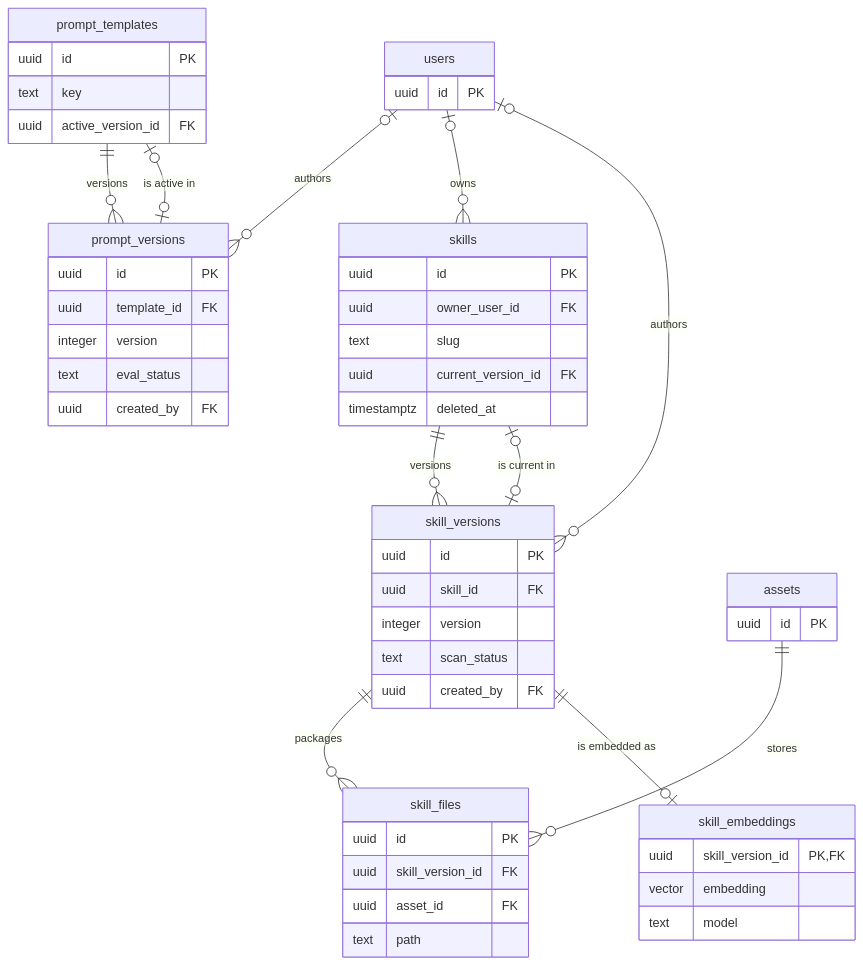
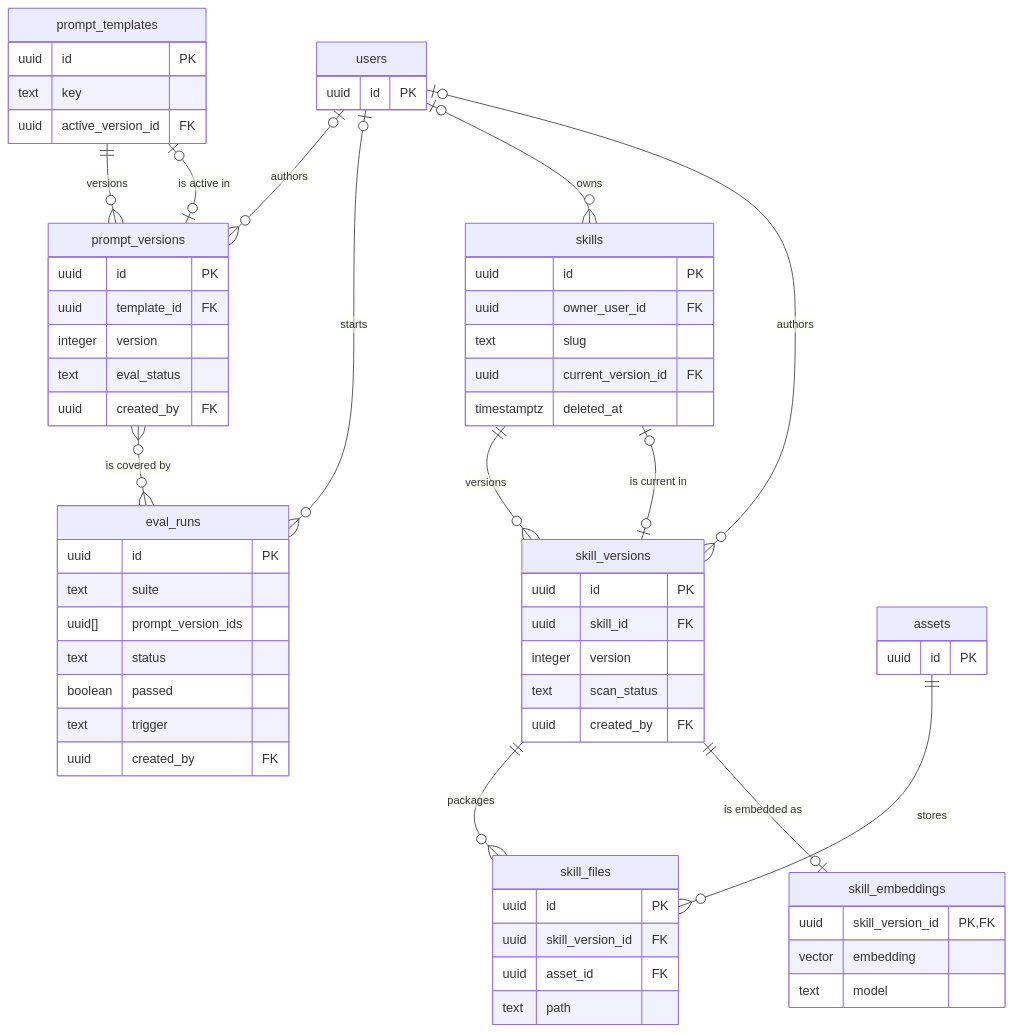
The fifth of 10 diagrams in docs/db/erd.md (The-GenAI-Labs/motionile), drawn with Mermaid before and after one commit. The commit also changed other lines of this file and 18 other files, not shown here.

Commit message:
feat(db): add the generation, prompts and skills tables with the LangGraph checkpointer schema

````diff
--- a/docs/db/erd.md
+++ b/docs/db/erd.md
@@ -277,57 +291,68 @@
 ```mermaid
 erDiagram
     prompt_templates ||--o{ prompt_versions : "versions"
     prompt_versions |o--o| prompt_templates : "is active in"
     users |o--o{ prompt_versions : "authors"
+    users |o--o{ eval_runs : "starts"
+    prompt_versions }o--o{ eval_runs : "is covered by"
     users |o--o{ skills : "owns"
     skills ||--o{ skill_versions : "versions"
     skill_versions |o--o| skills : "is current in"
     users |o--o{ skill_versions : "authors"
     skill_versions ||--o{ skill_files : "packages"
     assets ||--o{ skill_files : "stores"
     skill_versions ||--o| skill_embeddings : "is embedded as"
 
     prompt_templates {
         uuid id PK
         text key
         uuid active_version_id FK
     }
     prompt_versions {
         uuid id PK
         uuid template_id FK
         integer version
         text eval_status
+        uuid created_by FK
+    }
+    eval_runs {
+        uuid id PK
+        text suite
+        uuid[] prompt_version_ids
+        text status
+        boolean passed
+        text trigger
         uuid created_by FK
     }
     skills {
         uuid id PK
         uuid owner_user_id FK
         text slug
         uuid current_version_id FK
         timestamptz deleted_at
     }
     skill_versions {
         uuid id PK
         uuid skill_id FK
         integer version
         text scan_status
         uuid created_by FK
     }
     skill_files {
         uuid id PK
         uuid skill_version_id FK
         uuid asset_id FK
         text path
     }
     skill_embeddings {
         uuid skill_version_id PK, FK
         vector embedding
         text model
     }
     users {
         uuid id PK
     }
     assets {
         uuid id PK
     }
 ```
````
